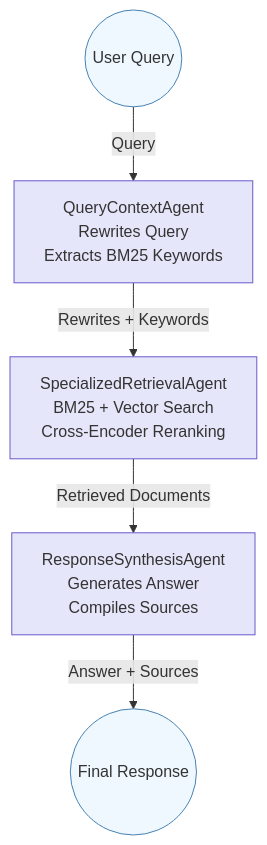
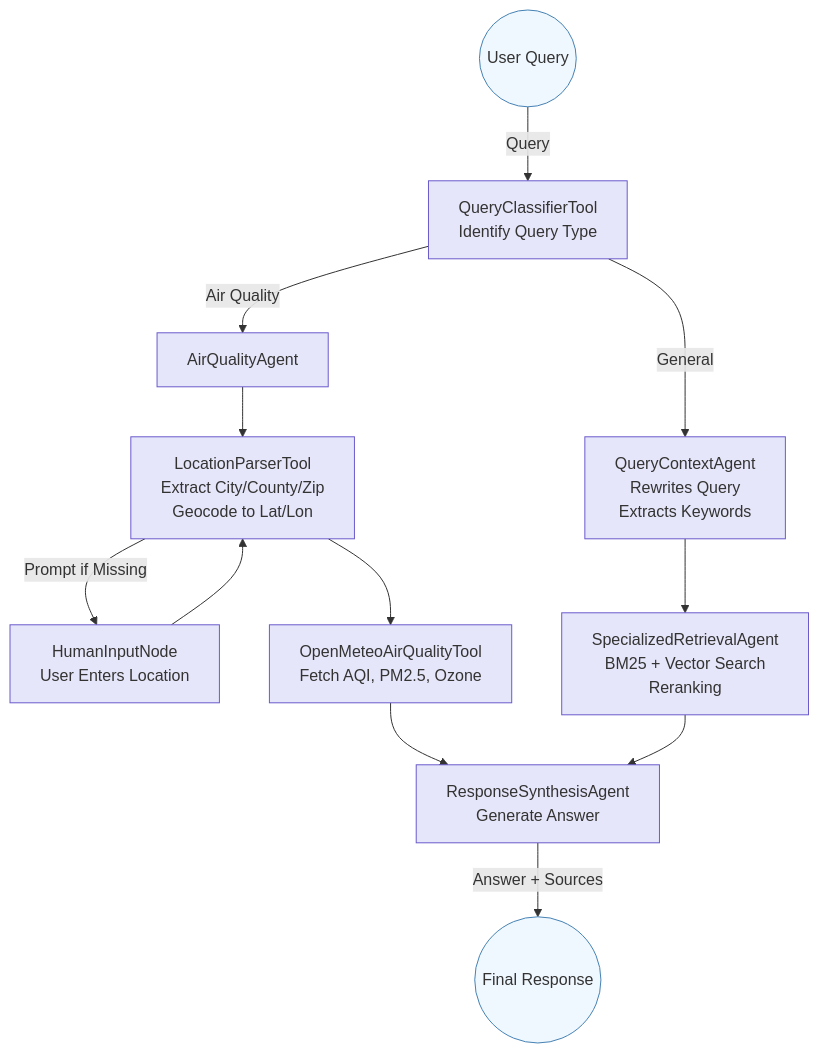
Before and after one commit to vignesh-deltaforge/valleyair: the diagram in README.md, drawn with Mermaid. The commit also changed other lines of this file and 6 other files, not shown here.

Commit message:
Added a new air quality agent with chart display on streamlit

````diff
--- a/README.md
+++ b/README.md
@@ -76,13 +84,25 @@
 ```mermaid
 graph TD
-    A((User Query)) -->|Query| B[QueryContextAgent<br>Rewrites Query<br>Extracts BM25 Keywords]
-    B -->|Rewrites + Keywords| C[SpecializedRetrievalAgent<br>BM25 + Vector Search<br>Cross-Encoder Reranking]
-    C -->|Retrieved Documents| D[ResponseSynthesisAgent<br>Generates Answer<br>Compiles Sources]
-    D -->|Answer + Sources| E((Final Response))
+    A((User Query)) -->|Query| B[QueryClassifierTool<br>Identify Query Type]
+    B -->|Air Quality| C[AirQualityAgent]
+    B -->|General| D[QueryContextAgent<br>Rewrites Query<br>Extracts Keywords]
+    C --> E[LocationParserTool<br>Extract City/County/Zip<br>Geocode to Lat/Lon]
+    E -->|Prompt if Missing| F[HumanInputNode<br>User Enters Location]
+    F --> E
+    E --> G[OpenMeteoAirQualityTool<br>Fetch AQI, PM2.5, Ozone]
+    G --> H[ResponseSynthesisAgent<br>Generate Answer]
+    D --> I[SpecializedRetrievalAgent<br>BM25 + Vector Search<br>Reranking]
+    I --> H
+    H -->|Answer + Sources| J((Final Response))
 
     style A fill:#f0f8ff,stroke:#4682b4
-    style E fill:#f0f8ff,stroke:#4682b4
+    style J fill:#f0f8ff,stroke:#4682b4
     style B fill:#e6e6fa,stroke:#6a5acd
     style C fill:#e6e6fa,stroke:#6a5acd
     style D fill:#e6e6fa,stroke:#6a5acd
+    style E fill:#e6e6fa,stroke:#6a5acd
+    style F fill:#e6e6fa,stroke:#6a5acd
+    style G fill:#e6e6fa,stroke:#6a5acd
+    style H fill:#e6e6fa,stroke:#6a5acd
+    style I fill:#e6e6fa,stroke:#6a5acd
 ```
````
